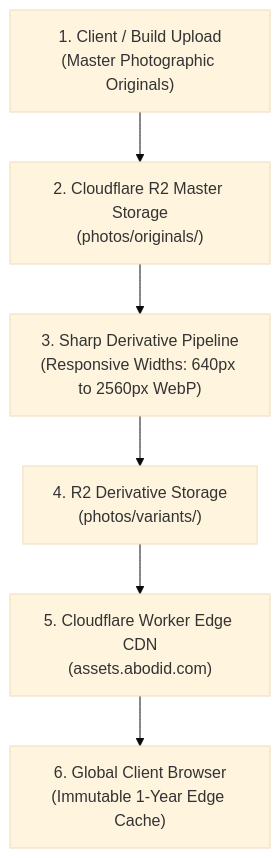
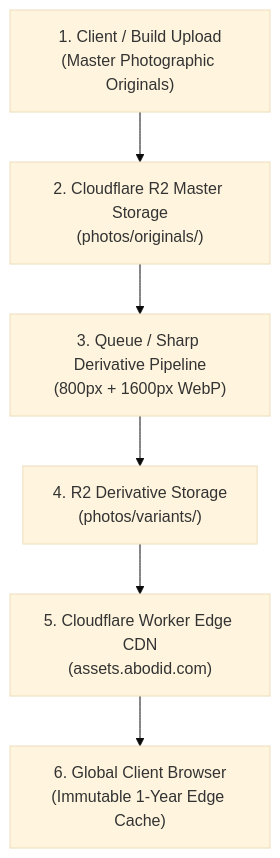
The diagram in docs/system-manual/abodid-system-manual/06-data-media-knowledge/06.02-cloudflare-r2-media-pipeline.md (abodidsahoo/abodid-website), drawn with Mermaid (base theme) before and after one commit. The commit also changed other lines of this file and 64 other files, not shown here.

````diff
--- a/docs/system-manual/abodid-system-manual/06-data-media-knowledge/06.02-cloudflare-r2-media-pipeline.md
+++ b/docs/system-manual/abodid-system-manual/06-data-media-knowledge/06.02-cloudflare-r2-media-pipeline.md
@@ -12,11 +12,11 @@
 ```mermaid
 flowchart TD
     Upload["1. Client / Build Upload<br/>(Master Photographic Originals)"]
     Originals["2. Cloudflare R2 Master Storage<br/>(photos/originals/)"]
-    SharpPipe["3. Sharp Derivative Pipeline<br/>(Responsive Widths: 640px to 2560px WebP)"]
+    SharpPipe["3. Queue / Sharp Derivative Pipeline<br/>(800px + 1600px WebP)"]
     Variants["4. R2 Derivative Storage<br/>(photos/variants/)"]
     WorkerCDN["5. Cloudflare Worker Edge CDN<br/>(assets.abodid.com)"]
     Client["6. Global Client Browser<br/>(Immutable 1-Year Edge Cache)"]
 
     Upload --> Originals --> SharpPipe --> Variants --> WorkerCDN --> Client
 ```
````
